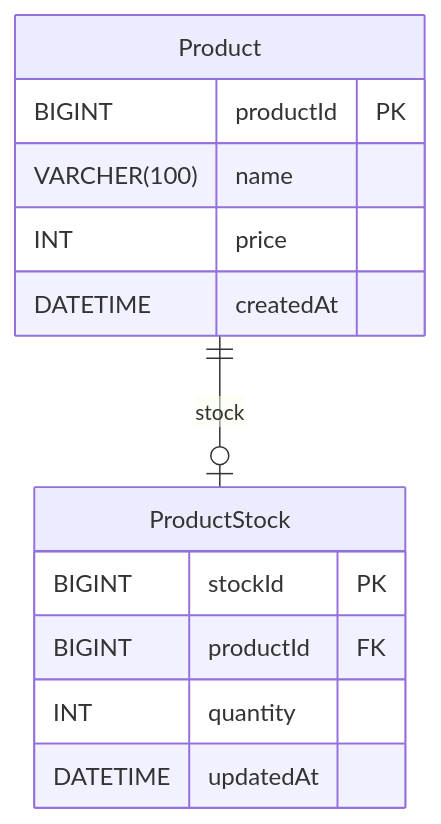
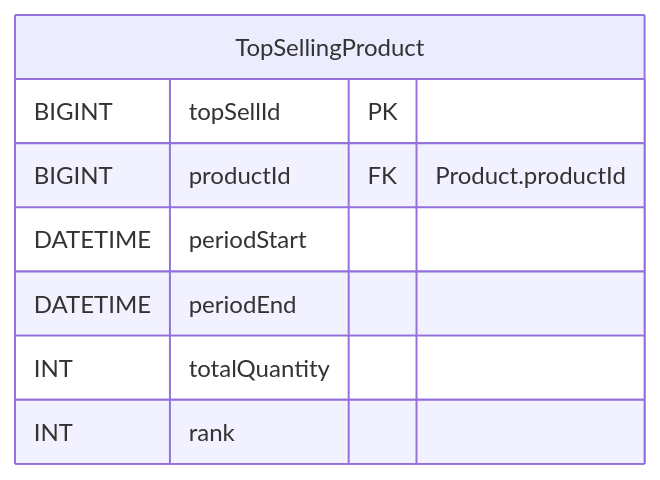
The fifth of 5 diagrams in docs/erd.md (chapakook/kotlin-ecommerce), drawn with Mermaid before and after one commit. The commit also changed other lines of this file, not shown here.

Commit message:
[DOC] erd.md 수정, Discount 삭제, Coupon 및 집계관련 테이블 추가 - closed #29

````diff
--- a/docs/erd.md
+++ b/docs/erd.md
@@ -261,17 +353,11 @@
 ```mermaid
 erDiagram
-    Product ||--o| ProductStock : stock
-    
-    Product{
-        BIGINT productId PK
-        VARCHER(100) name
-        INT price
-        DATETIME createdAt
-    }
-    ProductStock{
-        BIGINT stockId PK
-        BIGINT productId FK
-        INT quantity
-        DATETIME updatedAt
+    TopSellingProduct{
+        BIGINT topSellId PK
+        BIGINT productId FK "Product.productId"
+        DATETIME periodStart
+        DATETIME periodEnd
+        INT totalQuantity 
+        INT rank
     }
 ```
````
